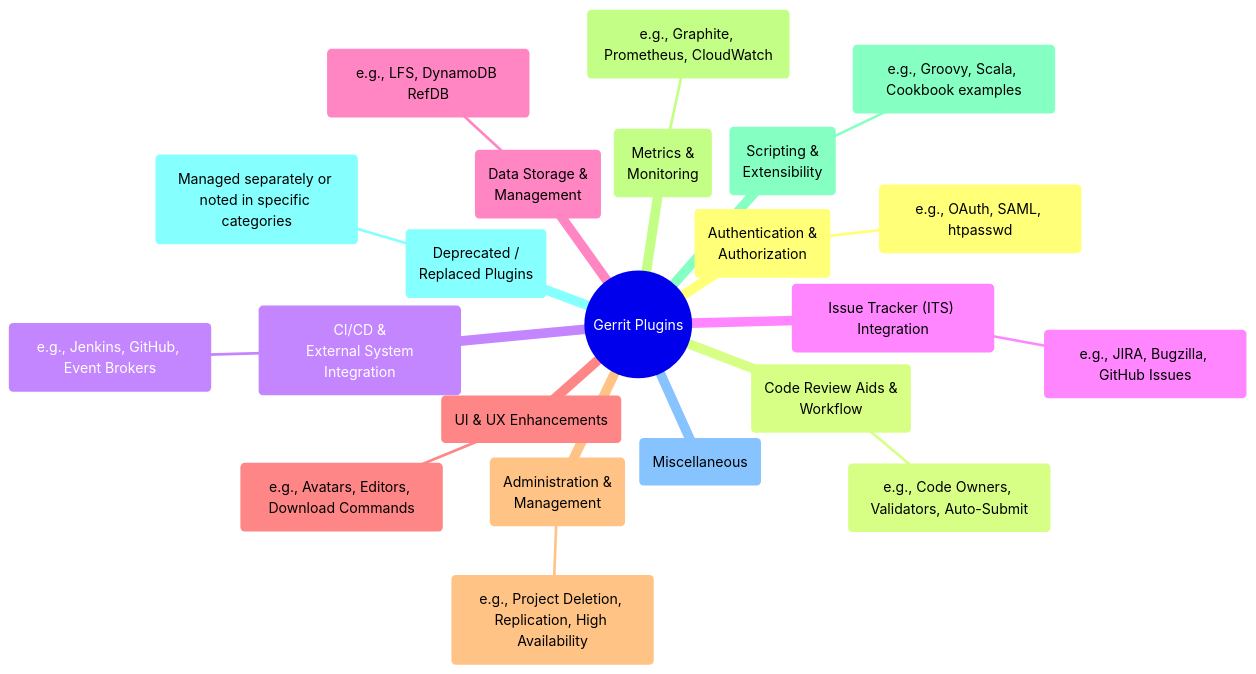
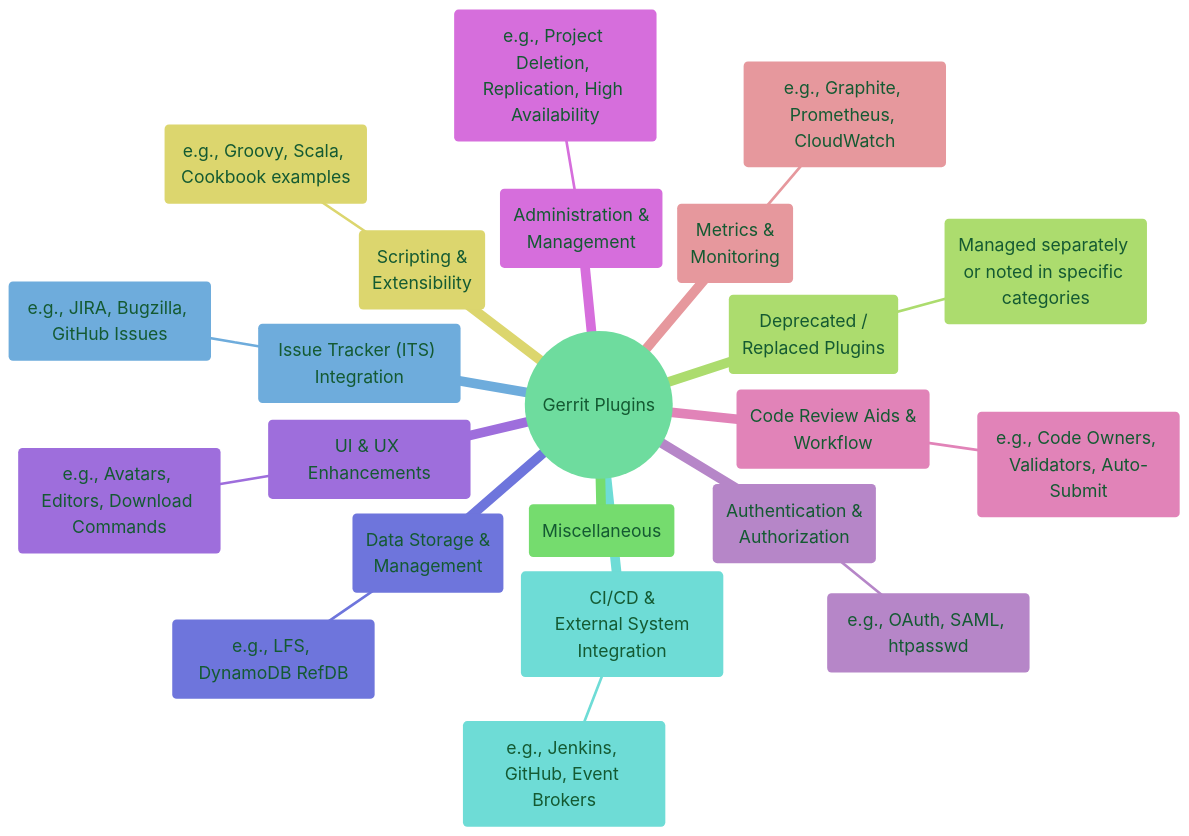
One commit to CongLeSolutionX/Chromium_Project changed the fourth of 12 diagrams in Gerrit_Ecosystem_on_gerrit_googlesource.md. Above: the diagram before and after it, drawn with Mermaid. The commit also changed other lines of this file, not shown here.

````diff
--- a/Gerrit_Ecosystem_on_gerrit_googlesource.md
+++ b/Gerrit_Ecosystem_on_gerrit_googlesource.md
@@ -302,26 +302,54 @@
 ```mermaid
+---
+title: "Gerrit Plugin Categories Overview"
+author: "Cong Le"
+version: "1.0"
+license(s): "MIT, CC BY 4.0"
+copyright: "Copyright (c) 2025 Cong Le. All Rights Reserved."
+config:
+---
+%%{
+  init: {
+    'theme': 'base',
+    'fontFamily': 'Monaco',
+    'mindmap': {
+      'padding': 20,
+      'levelColors': ['#87CEEB', '#98FB98', '#F8B229', '#FFB6C1']
+    },
+    'themeVariables': {
+      'primaryColor': '#D5F5E3',
+      'primaryTextColor': '#145A32',
+      'primaryBorderColor': '#27AE60',
+      'secondaryColor': '#EBDEF0',
+      'secondaryTextColor': '#6C3483',
+      'secondaryBorderColor': '#A569BD',
+      'fontSize': '20px'
+    }
+  }
+}%%
+%%%%%%%% Mermaid version v11.4.1-b.14
 mindmap
 root((Gerrit Plugins))
     Authentication_and_Authorization("Authentication &<br/> Authorization")
       (e.g., OAuth, SAML, htpasswd)
     Code_Review_Aids_and_Workflow("Code Review Aids &<br/> Workflow")
       (e.g., Code Owners, Validators, Auto-Submit)
     CI_CD_and_External_System_Integration("CI/CD &<br/> External System Integration")
       (e.g., Jenkins, GitHub, Event Brokers)
     Issue_Tracker_Integration("Issue Tracker (ITS) Integration")
       (e.g., JIRA, Bugzilla, GitHub Issues)
     Data_Storage_and_Management("Data Storage &<br/> Management")
       (e.g., LFS, DynamoDB RefDB)
     UI_and_UX_Enhancements("UI & UX Enhancements")
       (e.g., Avatars, Editors, Download Commands)
     Administration_and_Management("Administration &<br/> Management")
       (e.g., Project Deletion, Replication, High Availability)
     Metrics_and_Monitoring("Metrics &<br/> Monitoring")
       (e.g., Graphite, Prometheus, CloudWatch)
     Scripting_and_Extensibility("Scripting &<br/> Extensibility")
       (e.g., Groovy, Scala, Cookbook examples)
     Deprecated_Replaced_Plugins("Deprecated /<br/> Replaced Plugins")
       (Managed separately or noted in specific categories)
     Miscellaneous("Miscellaneous")
 
 ```
````
